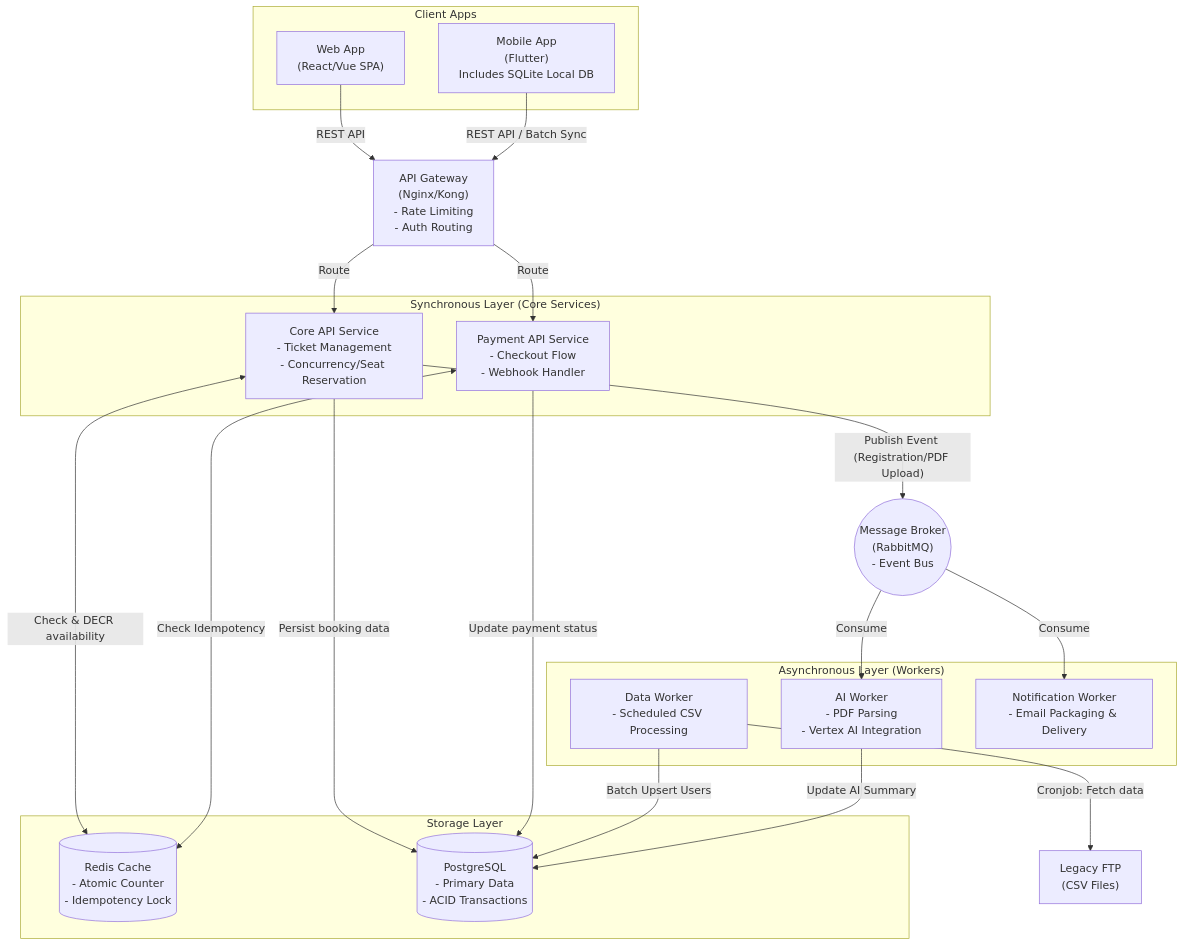
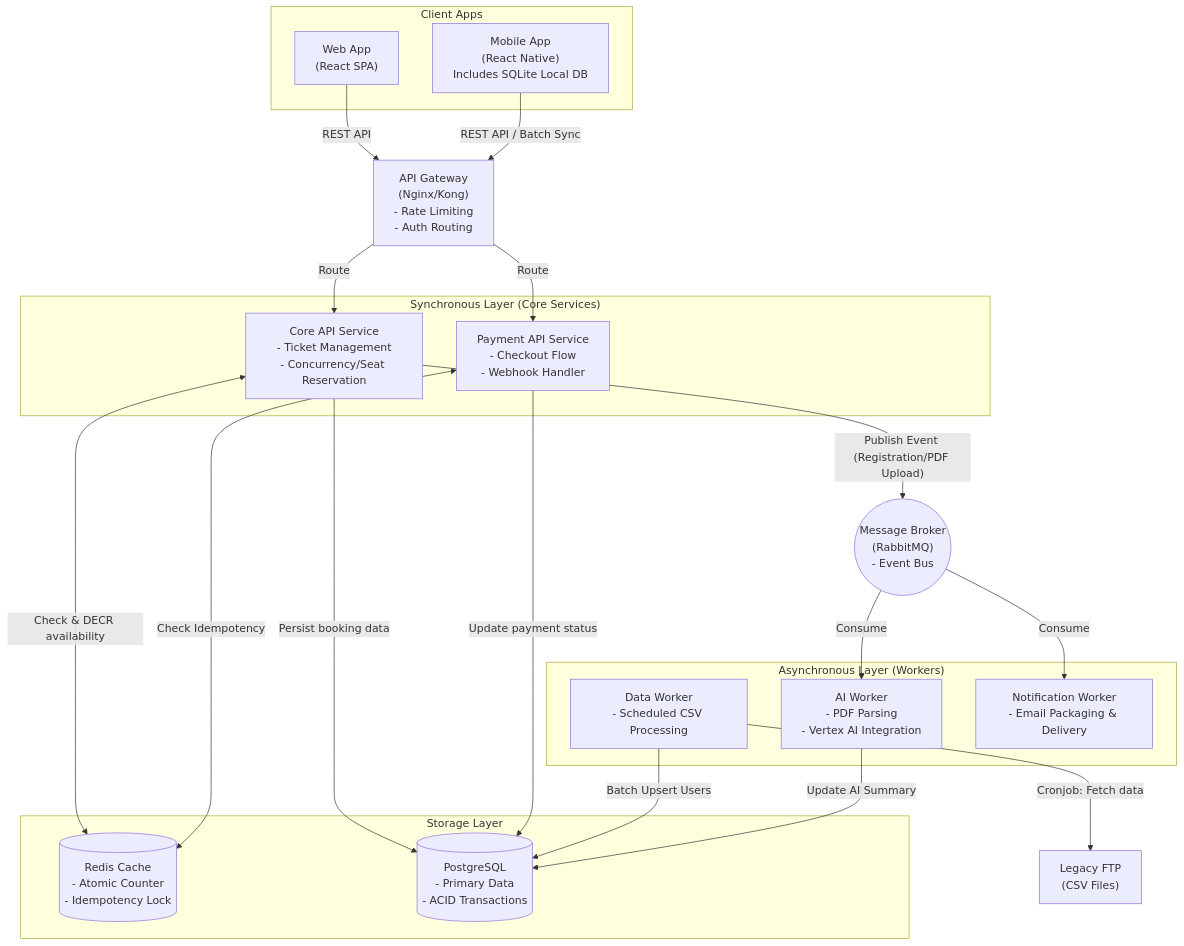
One commit to AkiraTomori/unihub_workshop changed the second of 8 diagrams in blueprint/design.md. Above: the diagram before and after it, drawn with Mermaid. The commit also changed other lines of this file and 16 other files, not shown here.

````diff
--- a/blueprint/design.md
+++ b/blueprint/design.md
@@ -42,51 +46,51 @@
 ```mermaid
 flowchart TD
     subgraph Client_Apps ["Client Apps"]
-        web["Web App<br/>(React/Vue SPA)"]
-        mobile["Mobile App<br/>(Flutter)<br/>Includes SQLite Local DB"]
+        web["Web App<br/>(React SPA)"]
+        mobile["Mobile App<br/>(React Native)<br/>Includes SQLite Local DB"]
     end
 
     gateway["API Gateway<br/>(Nginx/Kong)<br/>- Rate Limiting<br/>- Auth Routing"]
 
     subgraph Synchronous_Layer ["Synchronous Layer (Core Services)"]
         coreAPI["Core API Service<br/>- Ticket Management<br/>- Concurrency/Seat Reservation"]
         paymentAPI["Payment API Service<br/>- Checkout Flow<br/>- Webhook Handler"]
     end
 
     subgraph Storage_Layer ["Storage Layer"]
         redis[("Redis Cache<br/>- Atomic Counter<br/>- Idempotency Lock")]
         postgres[("PostgreSQL<br/>- Primary Data<br/>- ACID Transactions")]
     end
 
     broker(("Message Broker<br/>(RabbitMQ)<br/>- Event Bus"))
 
     subgraph Asynchronous_Layer ["Asynchronous Layer (Workers)"]
         csvWorker["Data Worker<br/>- Scheduled CSV Processing"]
         aiWorker["AI Worker<br/>- PDF Parsing<br/>- Vertex AI Integration"]
         mailWorker["Notification Worker<br/>- Email Packaging & Delivery"]
     end
 
     legacy["Legacy FTP<br/>(CSV Files)"]
 
     %% Flow: User Request
     web -->|"REST API"| gateway
     mobile -->|"REST API / Batch Sync"| gateway
     gateway -->|"Route"| coreAPI
     gateway -->|"Route"| paymentAPI
 
     %% Flow: Core Processing
     coreAPI <-->|"Check & DECR availability"| redis
     coreAPI -->|"Persist booking data"| postgres
     paymentAPI <-->|"Check Idempotency"| redis
     paymentAPI -->|"Update payment status"| postgres
 
     %% Flow: Async Events (Broker)
     coreAPI -->|"Publish Event (Registration/PDF Upload)"| broker
     broker -->|"Consume"| mailWorker
     broker -->|"Consume"| aiWorker
 
     %% Flow: External Integrations
     csvWorker -->|"Cronjob: Fetch data"| legacy
     csvWorker -->|"Batch Upsert Users"| postgres
     aiWorker -->|"Update AI Summary"| postgres
 ```
````
